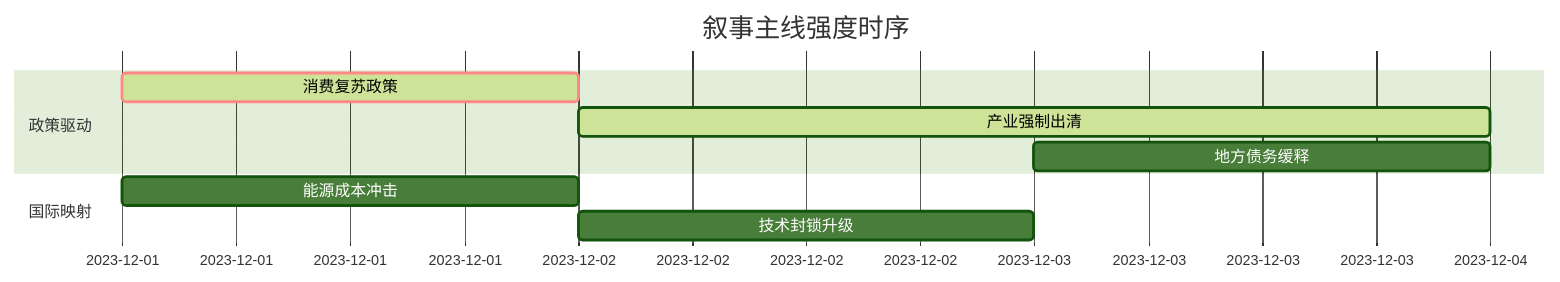
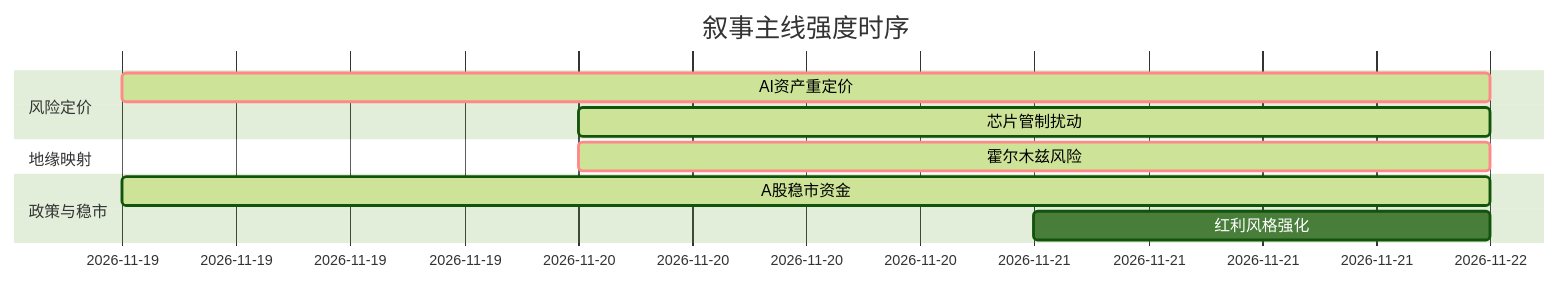
The diagram in 5day_report.md (uu5zn/uu5zn.github.io), drawn with Mermaid (forest theme) before and after one commit. The commit also changed other lines of this file and 3 other files, not shown here.

````diff
--- a/5day_report.md
+++ b/5day_report.md
@@ -54,13 +54,15 @@
 ```mermaid
 gantt
     title 叙事主线强度时序
     dateFormat  YYYY-MM-DD
-    section 政策驱动
-    消费复苏政策   :crit, active, 2023-12-01, 1d
-    产业强制出清   :active, 2023-12-02, 2d
-    地方债务缓释   :2023-12-03, 1d
-    
-    section 国际映射
-    能源成本冲击   :2023-12-01, 1d
-    技术封锁升级   :2023-12-02, 1d
+    section 风险定价
+    AI资产重定价   :crit, active, 2026-11-19, 3d
+    芯片管制扰动   :active, 2026-11-20, 2d
+
+    section 地缘映射
+    霍尔木兹风险   :crit, active, 2026-11-20, 2d
+
+    section 政策与稳市
+    A股稳市资金     :active, 2026-11-19, 3d
+    红利风格强化     :2026-11-21, 1d
 ```
````
